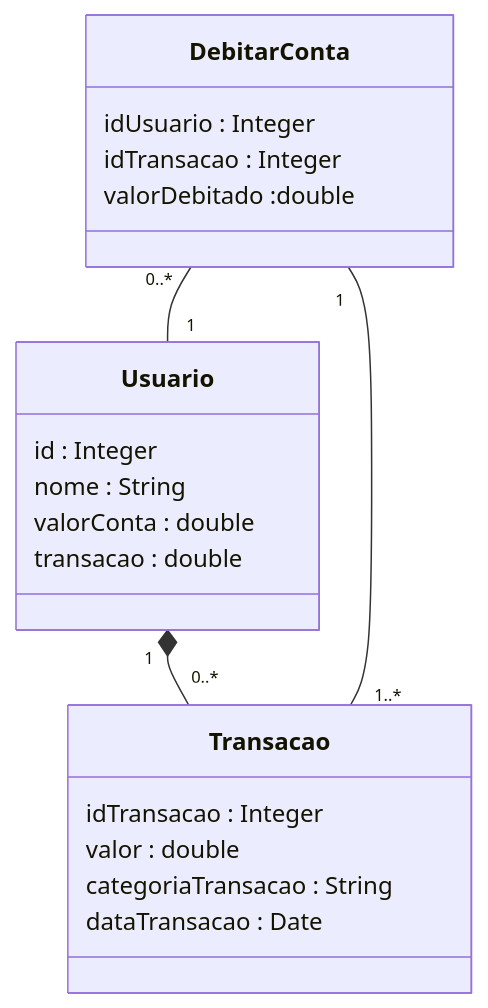
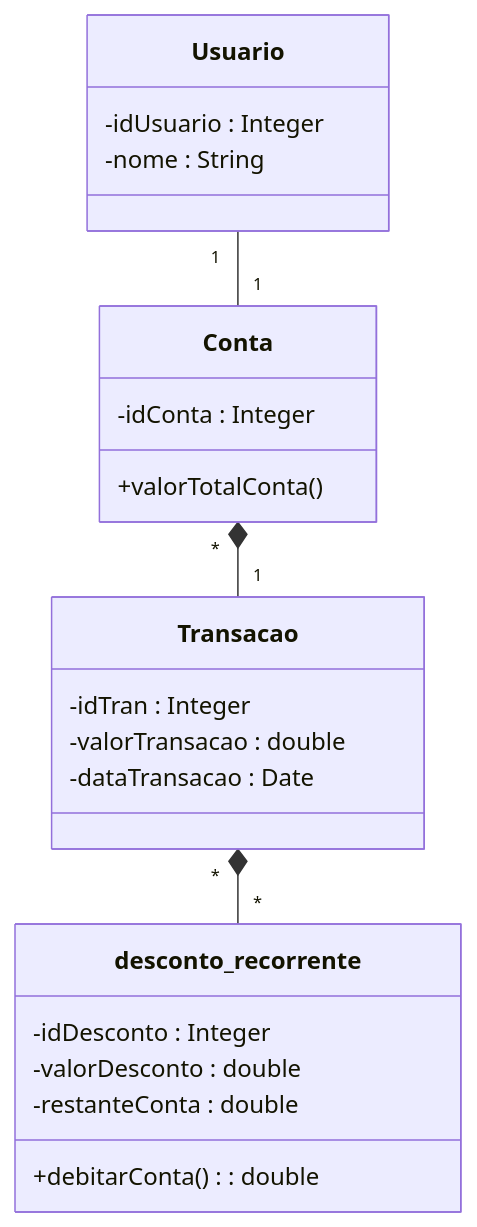
One commit to J0aoPaulo/data-persistence-jpa-crud changed the diagram in mermaid.md. Above: the diagram before and after it, drawn with Mermaid. The commit also changed 2 other files, not shown here.

Commit message:
mermaid v1 e pequenos updates

````diff
--- a/mermaid.md
+++ b/mermaid.md
@@ -1,26 +1,30 @@
 ```mermaid
 classDiagram
-Usuario "1" *-- "0..*" Transacao
-DebitarConta "0..*" -- "1" Usuario
-DebitarConta "1" -- "1..*" Transacao
+Usuario "1" -- "1" Conta
+Conta "*" *-- "1" Transacao
+Transacao "*" *-- "*" desconto_recorrente
+
 
 class Usuario {
-    id : Integer
-    nome : String
-    valorConta : double
-    transacao : double
+-idUsuario : Integer
+-nome : String
 }
 
 class Transacao {
-    idTransacao : Integer
-    valor : double
-    categoriaTransacao : String
-    dataTransacao : Date
+-idTran : Integer
+-valorTransacao : double
+-dataTransacao : Date
 }
 
-class DebitarConta {
-    idUsuario : Integer
-    idTransacao : Integer
-    valorDebitado :double
+class Conta {
+-idConta : Integer
++valorTotalConta()
+}
+
+class desconto_recorrente {
+-idDesconto : Integer
+-valorDesconto : double
+-restanteConta : double
++debitarConta() : double
 }
 ```
````
